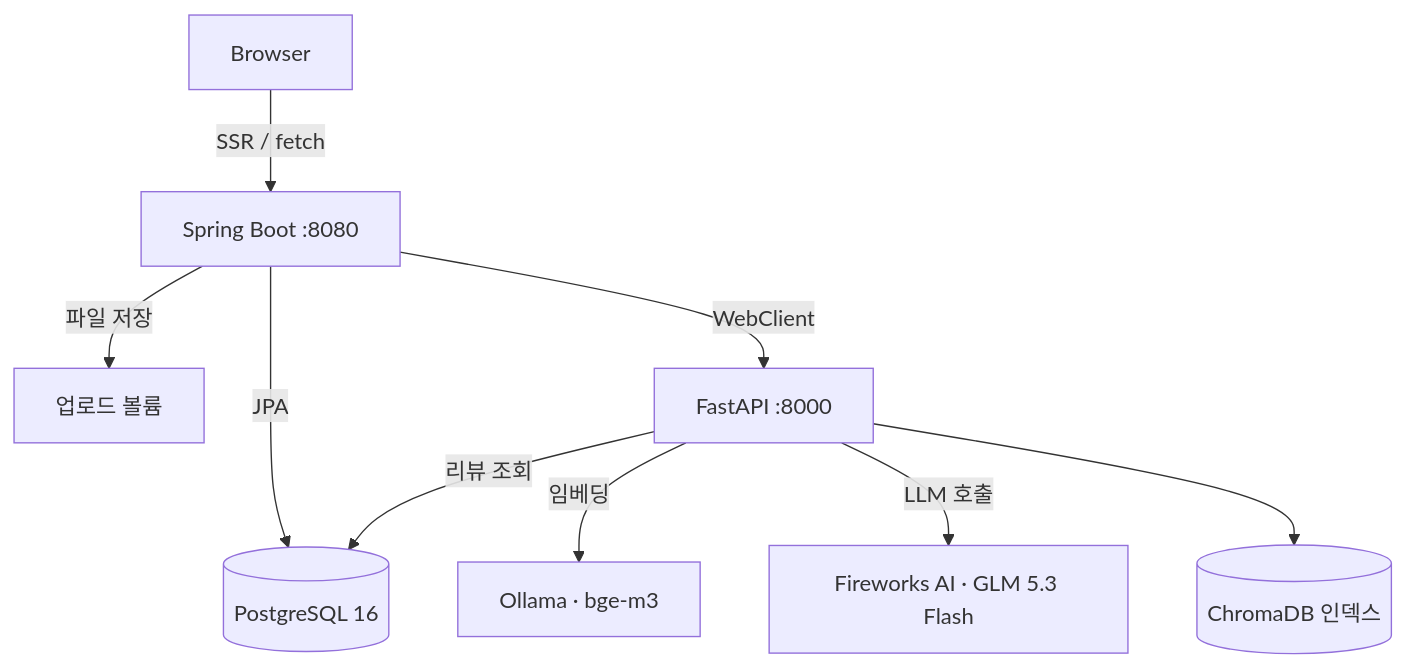
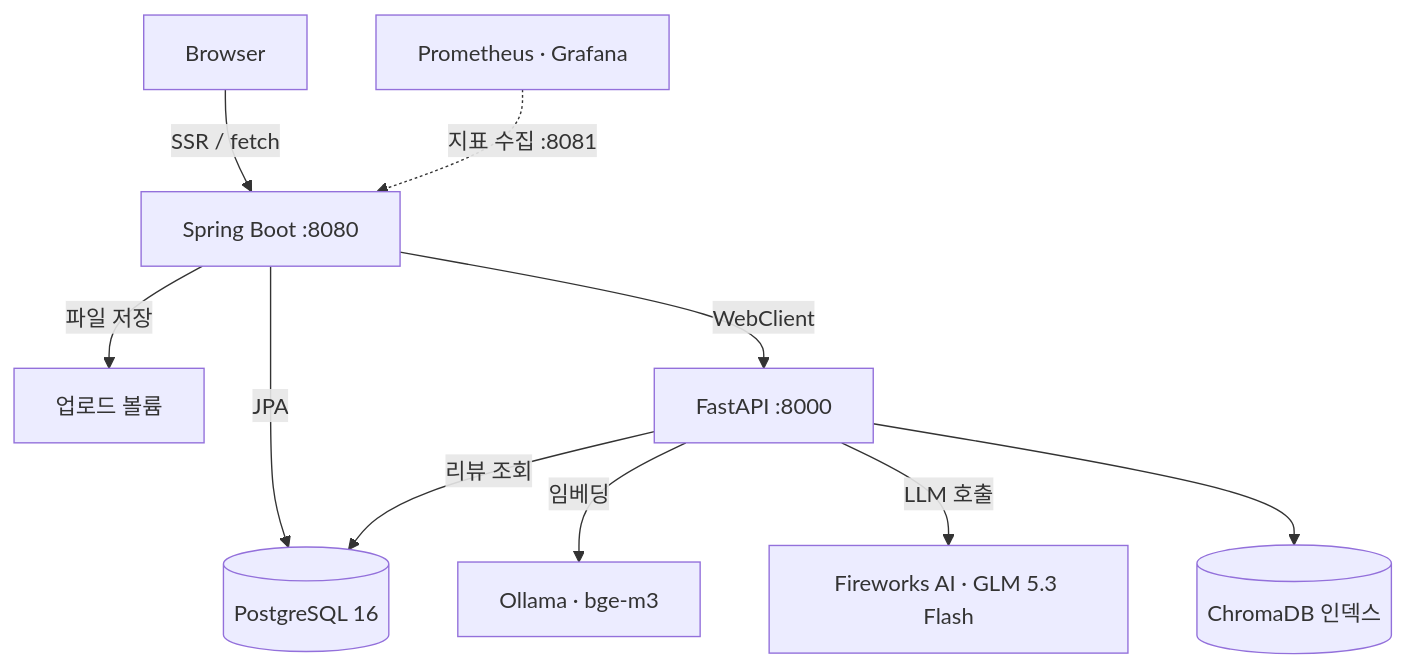
Before and after one commit to HsH1121/MyPickCafe: the first of 2 diagrams in ARCHITECTURE.md, drawn with Mermaid. The commit also changed other lines of this file and 1 other file, not shown here.

First line of the commit message:
docs: README·ARCHITECTURE 에 모니터링·부하 테스트와 DB 커넥션 개선 반영

````diff
--- a/ARCHITECTURE.md
+++ b/ARCHITECTURE.md
@@ -224,11 +227,12 @@
 ```mermaid
 flowchart TD
     B["Browser"] -->|SSR / fetch| S["Spring Boot :8080"]
     S -->|JPA| P[("PostgreSQL 16")]
     S -->|파일 저장| U["업로드 볼륨"]
     S -->|WebClient| F["FastAPI :8000"]
     F -->|리뷰 조회| P
     F -->|임베딩| O["Ollama · bge-m3"]
     F -->|LLM 호출| L["Fireworks AI · GLM 5.3 Flash"]
     F --> C[("ChromaDB 인덱스")]
+    M["Prometheus · Grafana"] -.->|지표 수집 :8081| S
 ```
````
